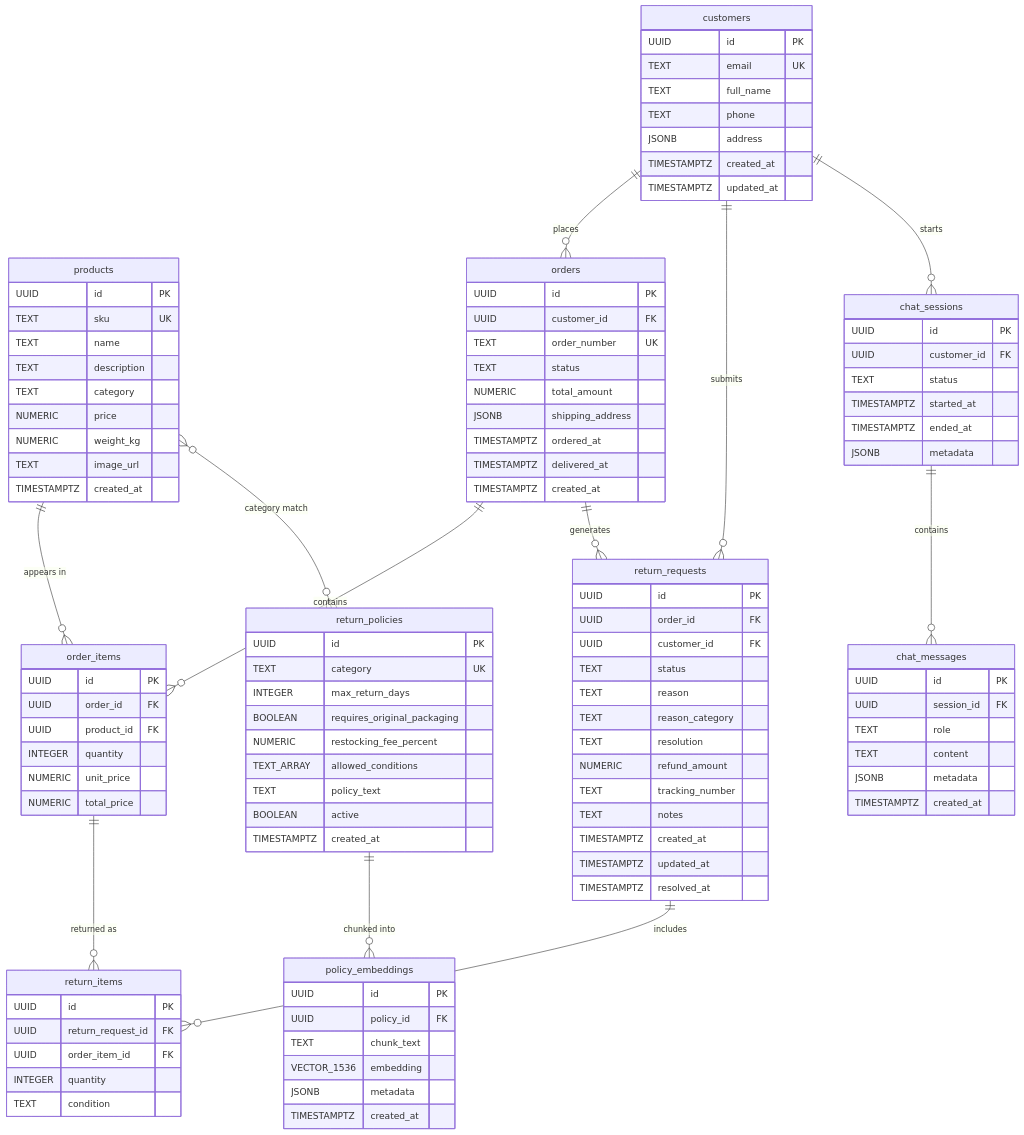
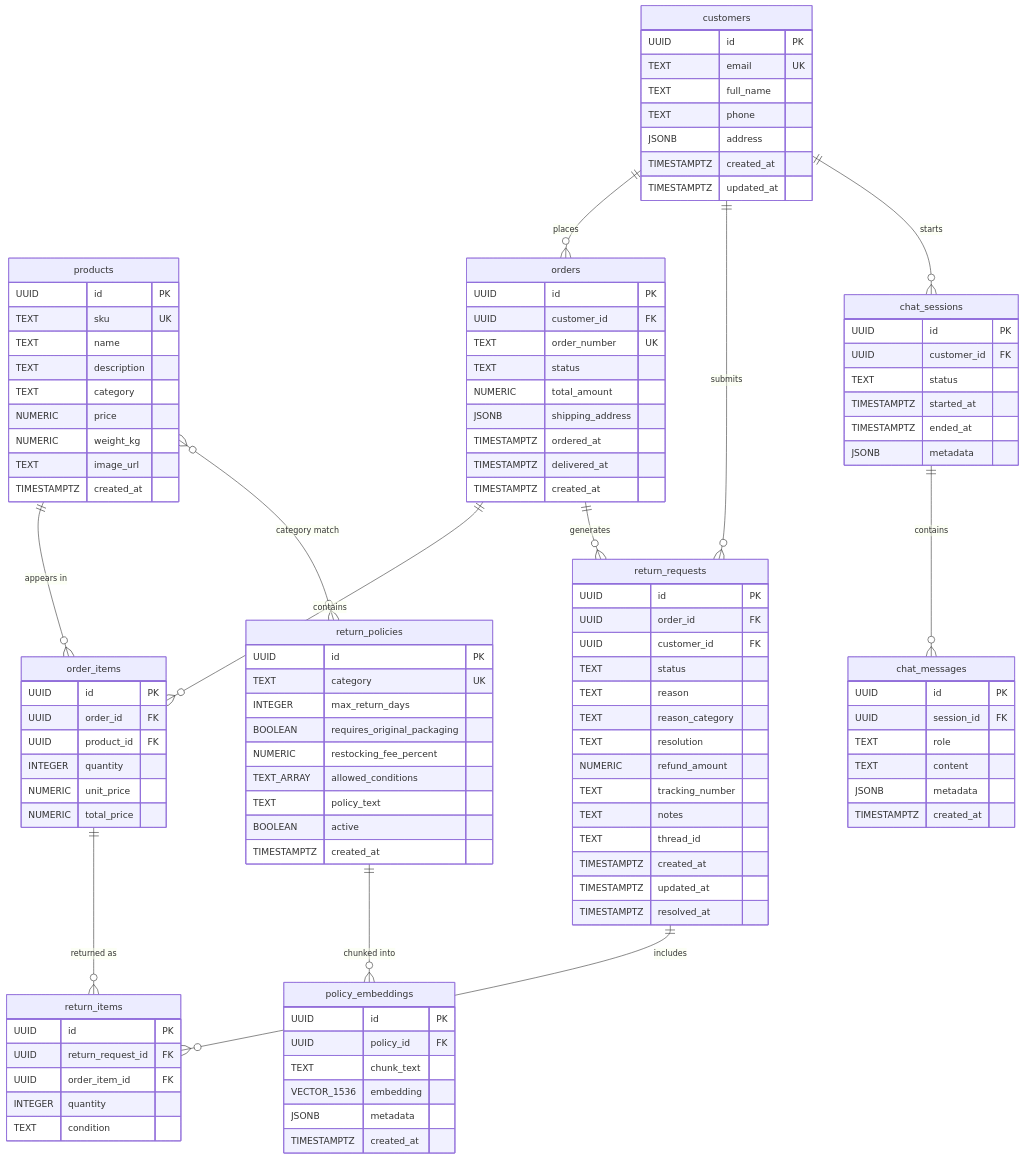
Before and after one commit to ReFlowTFMGrupo11/CopilotPosventaAutonoGestInteligenteDevolucion: the diagram in docs/ER_diagram.md, drawn with Mermaid. The commit also changed 1 other file, not shown here.

Commit message:
actualizados graf_diagram-md y ER_diagram

```diff
--- a/docs/ER_diagram.md
+++ b/docs/ER_diagram.md
@@ -54,6 +54,7 @@
         NUMERIC refund_amount
         TEXT tracking_number
         TEXT notes
+        TEXT thread_id
         TIMESTAMPTZ created_at
         TIMESTAMPTZ updated_at
         TIMESTAMPTZ resolved_at
```
